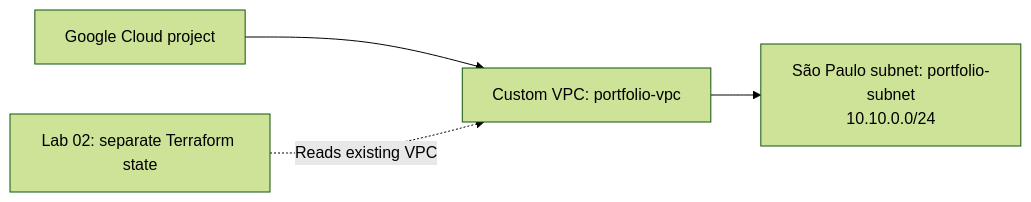
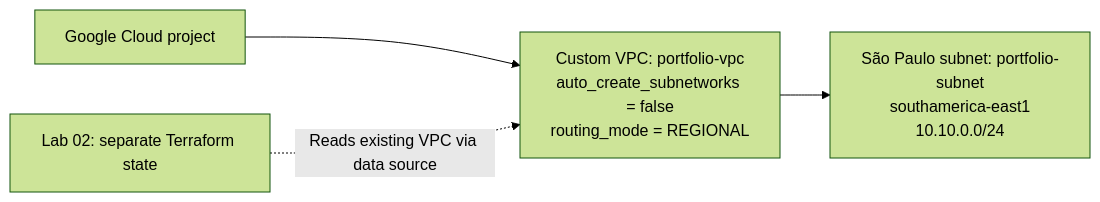
One commit to matheuslab-bit/matheuslab-bit changed the diagram in projects/01-vpc-network/README.md. Above: the diagram before and after it, drawn with Mermaid (forest theme). The commit also changed other lines of this file and 5 other files, not shown here.

````diff
--- a/projects/01-vpc-network/README.md
+++ b/projects/01-vpc-network/README.md
@@ -14,6 +17,6 @@
 ```mermaid
 flowchart LR
-    Project["Google Cloud project"] --> VPC["Custom VPC: portfolio-vpc"]
-    VPC --> Subnet["São Paulo subnet: portfolio-subnet<br/>10.10.0.0/24"]
-    Lab02["Lab 02: separate Terraform state"] -.->|"Reads existing VPC"| VPC
+    Project["Google Cloud project"] --> VPC["Custom VPC: portfolio-vpc<br/>auto_create_subnetworks = false<br/>routing_mode = REGIONAL"]
+    VPC --> Subnet["São Paulo subnet: portfolio-subnet<br/>southamerica-east1<br/>10.10.0.0/24"]
+    Lab02["Lab 02: separate Terraform state"] -.->|"Reads existing VPC via data source"| VPC
 ```
````
